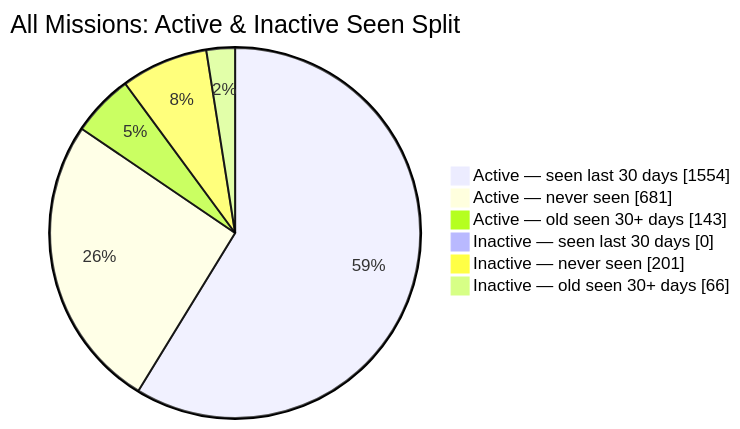
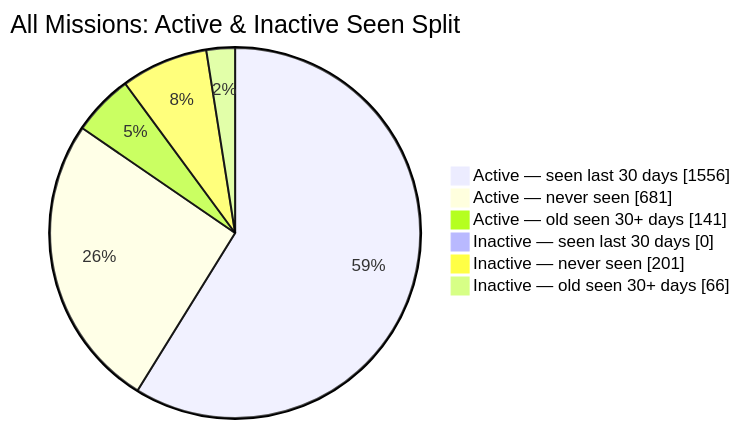
One commit to MeldkamerspelGameTeam/active-missions changed the second of 2 diagrams in README.md. Above: the diagram before and after it, drawn with Mermaid. The commit also changed other lines of this file and 3 other files, not shown here.

````diff
--- a/README.md
+++ b/README.md
@@ -44,10 +44,10 @@
 ```mermaid
 pie showData
     title All Missions: Active & Inactive Seen Split
-    "Active — seen last 30 days" : 1554
+    "Active — seen last 30 days" : 1556
     "Active — never seen" : 681
-    "Active — old seen 30+ days" : 143
+    "Active — old seen 30+ days" : 141
     "Inactive — seen last 30 days" : 0
     "Inactive — never seen" : 201
     "Inactive — old seen 30+ days" : 66
 ```
````
